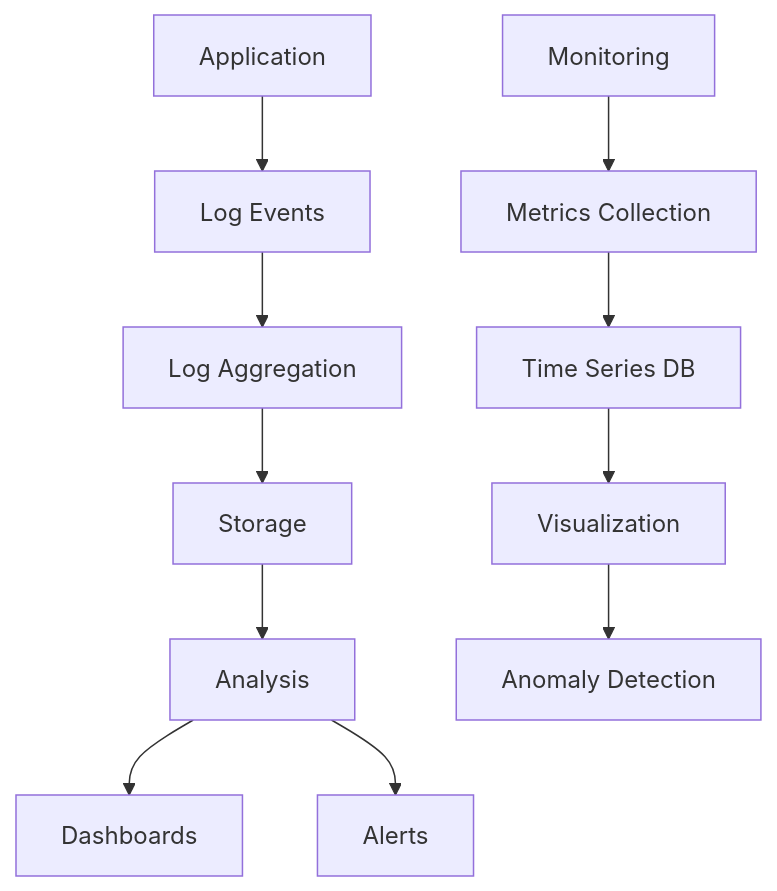
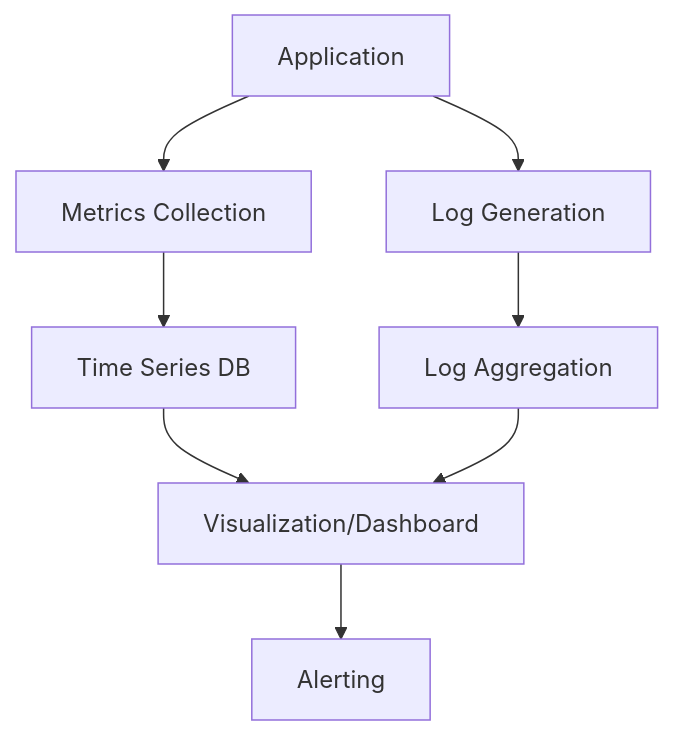
The diagram in monitoring-and-logging/README.md (VrushankPatel/interview-matters), drawn with Mermaid before and after one commit. The commit also changed other lines of this file and 5 other files, not shown here.

````diff
--- a/monitoring-and-logging/README.md
+++ b/monitoring-and-logging/README.md
@@ -46,14 +41,10 @@
 ```mermaid
 graph TD
-    A[Application] --> B[Log Events]
-    B --> C[Log Aggregation]
-    C --> D[Storage]
-    D --> E[Analysis]
-    E --> F[Dashboards]
-    E --> G[Alerts]
-    
-    H[Monitoring] --> I[Metrics Collection]
-    I --> J[Time Series DB]
-    J --> K[Visualization]
-    K --> L[Anomaly Detection]
+    A[Application] --> B[Metrics Collection]
+    A --> C[Log Generation]
+    B --> D[Time Series DB]
+    C --> E[Log Aggregation]
+    D --> F[Visualization/Dashboard]
+    E --> F
+    F --> G[Alerting]
 ```
````
